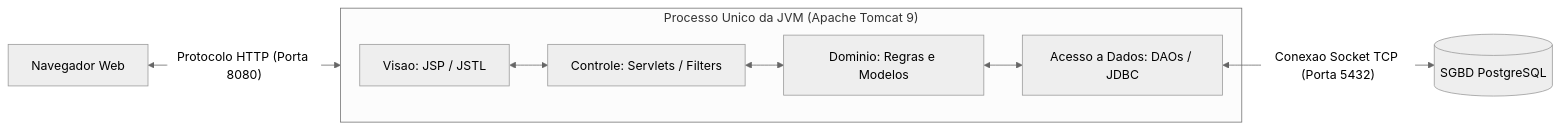
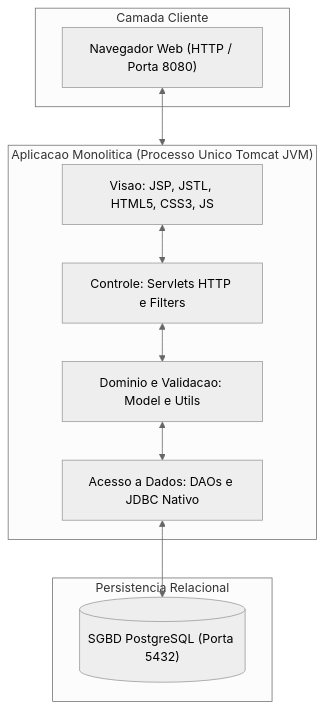
The third of 18 diagrams in 3º Semestre/[Prof. Jefferson Passerini] Laboratório de Programação III/Resumos-IA/Simulados-Comentados.md (murilolol/unifef), drawn with Mermaid (neutral theme) before and after one commit. The commit also changed other lines of this file and 40 other files, not shown here.

````diff
--- a/3º Semestre/[Prof. Jefferson Passerini] Laboratório de Programação III/Resumos-IA/Simulados-Comentados.md
+++ b/3º Semestre/[Prof. Jefferson Passerini] Laboratório de Programação III/Resumos-IA/Simulados-Comentados.md
@@ -622,14 +159,23 @@
 ```mermaid
-flowchart LR
-    subgraph Monolito["Processo Unico da JVM (Apache Tomcat 9)"]
-        View["Visao: JSP / JSTL"]
-        Ctrl["Controle: Servlets / Filters"]
-        Negocio["Dominio: Regras e Modelos"]
-        Persist["Acesso a Dados: DAOs / JDBC"]
-        View <--> Ctrl
-        Ctrl <--> Negocio
-        Negocio <--> Persist
+flowchart TD
+    subgraph Cliente["Camada Cliente"]
+        Navegador["Navegador Web (HTTP / Porta 8080)"]
     end
-    Navegador["Navegador Web"] <-->|"Protocolo HTTP (Porta 8080)"| Monolito
-    Persist <-->|"Conexao Socket TCP (Porta 5432)"| PostgreSQL[(SGBD PostgreSQL)]
+
+    subgraph Monolito["Aplicacao Monolitica (Processo Unico Tomcat JVM)"]
+        Apresentacao["Visao: JSP, JSTL, HTML5, CSS3, JS"]
+        Controle["Controle: Servlets HTTP e Filters"]
+        Negocio["Dominio e Validacao: Model e Utils"]
+        Persistencia["Acesso a Dados: DAOs e JDBC Nativo"]
+        Apresentacao <--> Controle
+        Controle <--> Negocio
+        Negocio <--> Persistencia
+    end
+
+    subgraph Armazenamento["Persistencia Relacional"]
+        PostgreSQL[("SGBD PostgreSQL (Porta 5432)")]
+    end
+
+    Navegador <--> Monolito
+    Persistencia <--> PostgreSQL
 ```
````
